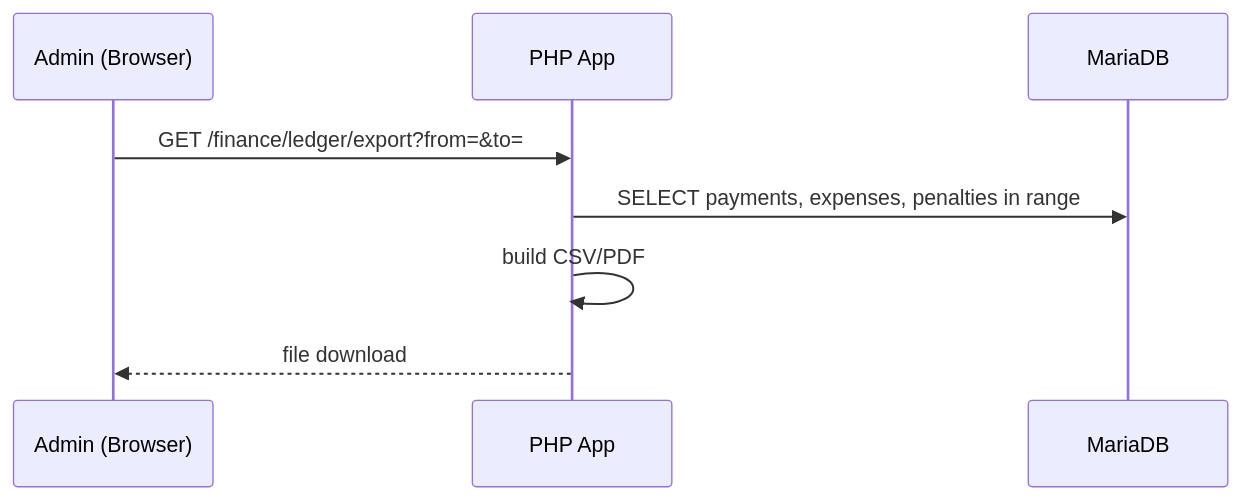
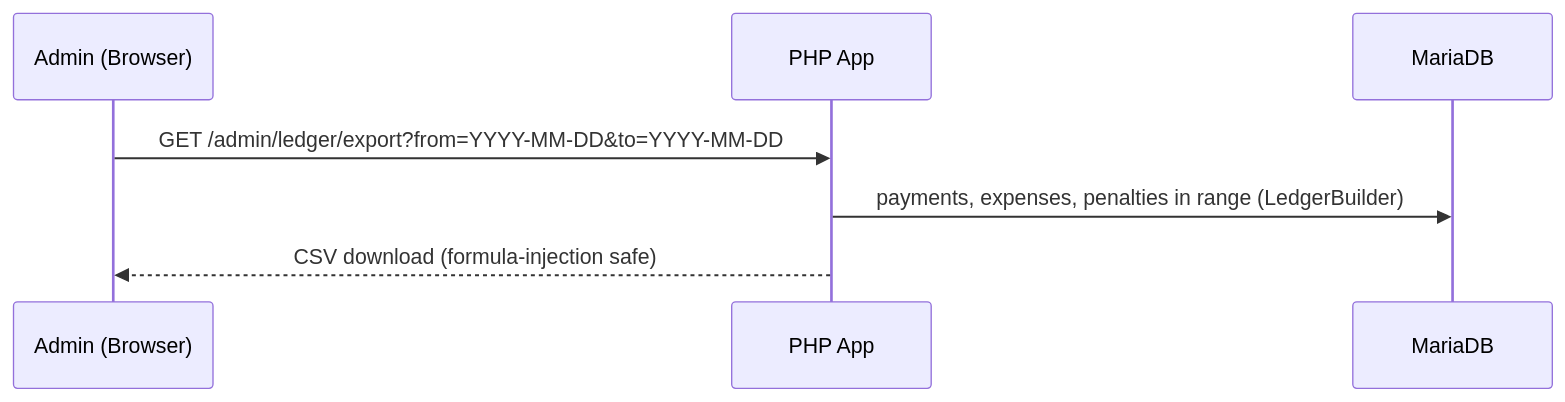
The sixth of 7 diagrams in claude-code-project-files/ARCHITECTURE.md (Kierbz123/rjm-boardinghouse-system), drawn with Mermaid before and after one commit. The commit also changed other lines of this file and 107 other files, not shown here.

````diff
--- a/claude-code-project-files/ARCHITECTURE.md
+++ b/claude-code-project-files/ARCHITECTURE.md
@@ -183,10 +149,9 @@
 ```mermaid
 sequenceDiagram
     participant A as Admin (Browser)
     participant P as PHP App
     participant D as MariaDB
-    A->>P: GET /finance/ledger/export?from=&to=
-    P->>D: SELECT payments, expenses, penalties in range
-    P->>P: build CSV/PDF
-    P-->>A: file download
+    A->>P: GET /admin/ledger/export?from=YYYY-MM-DD&to=YYYY-MM-DD
+    P->>D: payments, expenses, penalties in range (LedgerBuilder)
+    P-->>A: CSV download (formula-injection safe)
 ```
````
